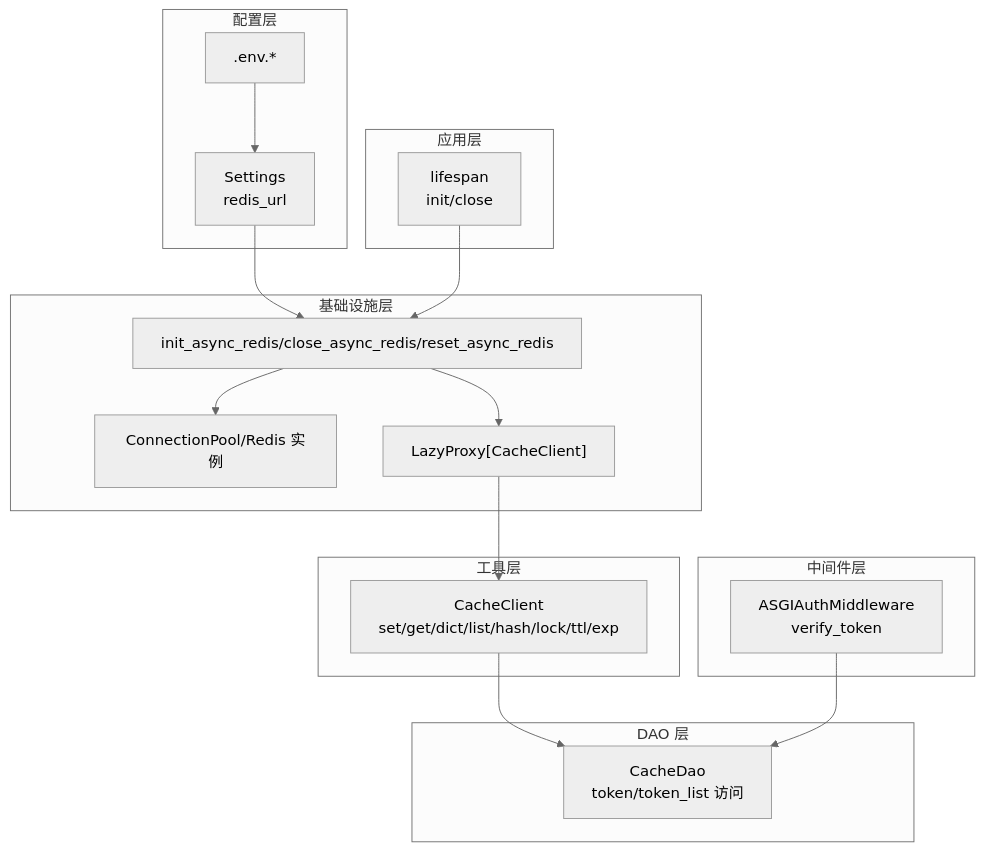
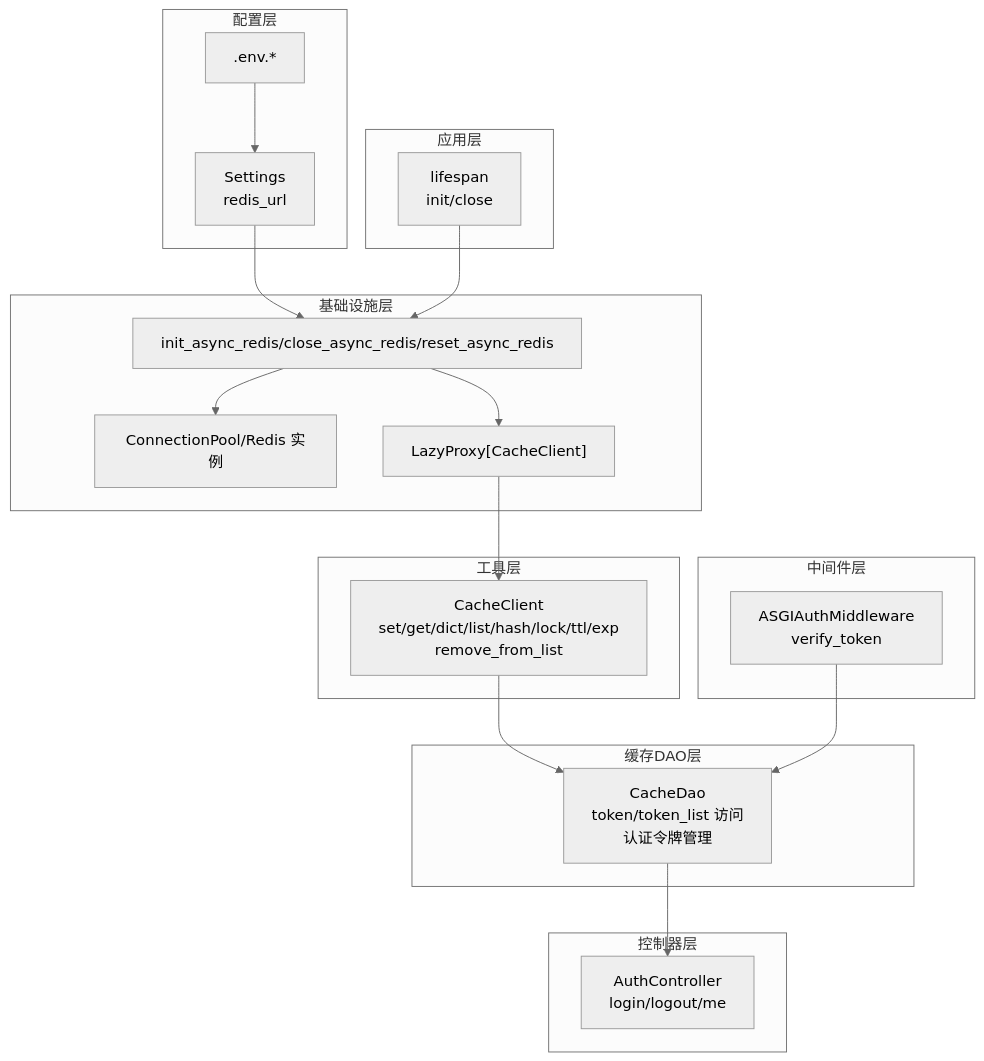
One commit to lilinzezzzzzz/fastapi-backend changed the first of 8 diagrams in .qoder/repowiki/zh/content/缓存系统/缓存系统.md. Above: the diagram before and after it, drawn with Mermaid (neutral theme). The commit also changed other lines of this file and 38 other files, not shown here.

````diff
--- a/.qoder/repowiki/zh/content/缓存系统/缓存系统.md
+++ b/.qoder/repowiki/zh/content/缓存系统/缓存系统.md
@@ -49,32 +60,36 @@
 ```mermaid
 graph TB
 subgraph "配置层"
 CFG["Settings<br/>redis_url"]
 ENV[".env.*"]
 end
 subgraph "基础设施层"
 INF["init_async_redis/close_async_redis/reset_async_redis"]
 POOL["ConnectionPool/Redis 实例"]
 CACHE_PROXY["LazyProxy[CacheClient]"]
 end
 subgraph "工具层"
-CC["CacheClient<br/>set/get/dict/list/hash/lock/ttl/exp"]
+CC["CacheClient<br/>set/get/dict/list/hash/lock/ttl/exp<br/>remove_from_list"]
 end
-subgraph "DAO 层"
-CDAO["CacheDao<br/>token/token_list 访问"]
+subgraph "缓存DAO层"
+CDAO["CacheDao<br/>token/token_list 访问<br/>认证令牌管理"]
+end
+subgraph "控制器层"
+AUTHCTRL["AuthController<br/>login/logout/me"]
 end
 subgraph "中间件层"
 AUTHMW["ASGIAuthMiddleware<br/>verify_token"]
 end
 subgraph "应用层"
 LIFE["lifespan<br/>init/close"]
 end
 ENV --> CFG
 CFG --> INF
 INF --> POOL
 INF --> CACHE_PROXY
 CACHE_PROXY --> CC
 CC --> CDAO
+CDAO --> AUTHCTRL
 AUTHMW --> CDAO
 LIFE --> INF
 ```
````
